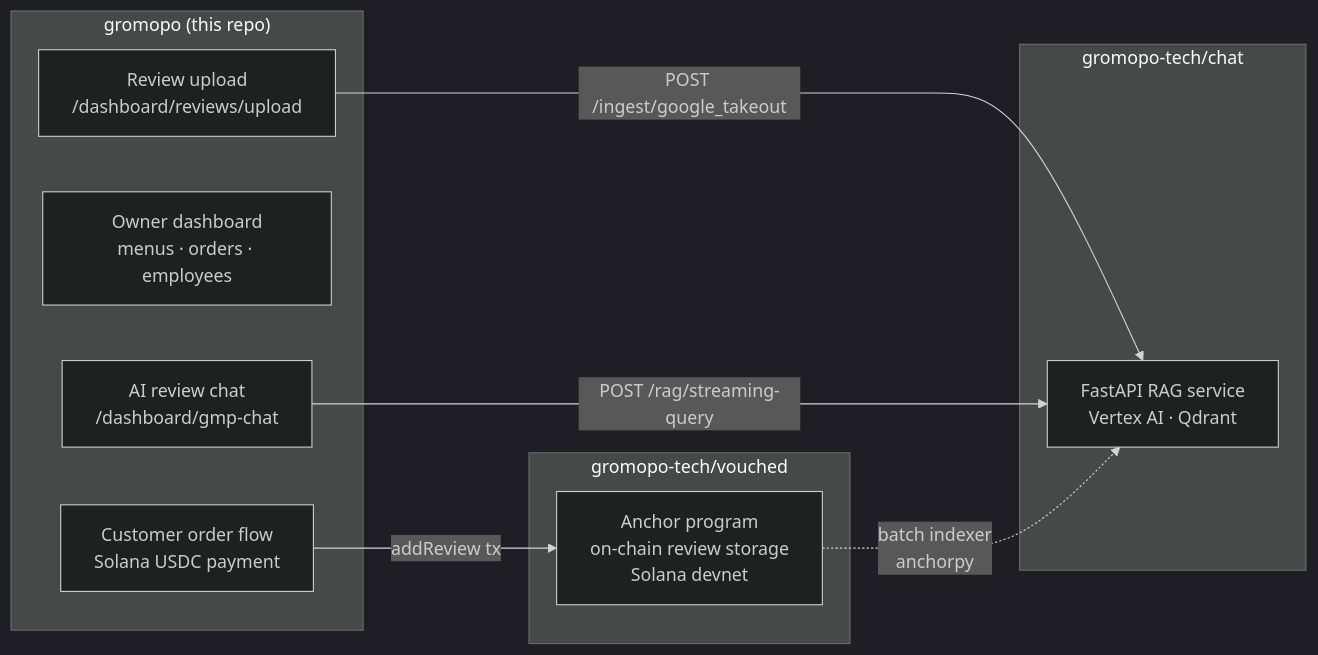
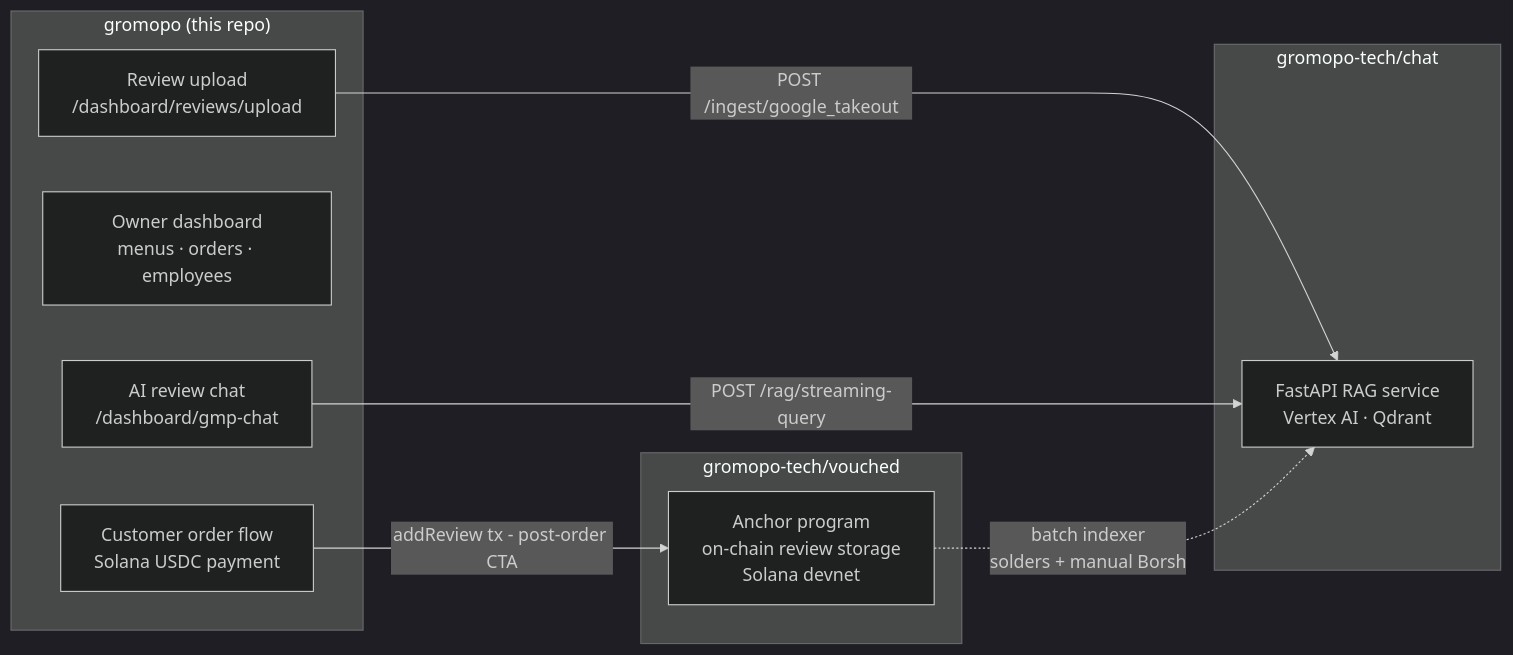
The diagram in README.md (gromopo-tech/gromopo), drawn with Mermaid (dark theme) before and after one commit. The commit also changed other lines of this file and 18 other files, not shown here.

````diff
--- a/README.md
+++ b/README.md
@@ -20,22 +20,22 @@
 ```mermaid
 flowchart LR
     subgraph gromopo ["gromopo (this repo)"]
-        A[Customer order flow\nSolana USDC payment]
-        B[Owner dashboard\nmenus · orders · employees]
-        C[AI review chat\n/dashboard/gmp-chat]
-        D[Review upload\n/dashboard/reviews/upload]
+        A[Customer order flow<br/>Solana USDC payment]
+        B[Owner dashboard<br/>menus · orders · employees]
+        C[AI review chat<br/>/dashboard/gmp-chat]
+        D[Review upload<br/>/dashboard/reviews/upload]
     end
 
     subgraph chat ["gromopo-tech/chat"]
-        E[FastAPI RAG service\nVertex AI · Qdrant]
+        E[FastAPI RAG service<br/>Vertex AI · Qdrant]
     end
 
     subgraph vouched ["gromopo-tech/vouched"]
-        F[Anchor program\non-chain review storage\nSolana devnet]
+        F[Anchor program<br/>on-chain review storage<br/>Solana devnet]
     end
 
-    A -->|addReview tx| F
+    A -->|addReview tx - post-order CTA| F
     D -->|POST /ingest/google_takeout| E
     C -->|POST /rag/streaming-query| E
-    F -.->|batch indexer\nanchorpy| E
+    F -.->|batch indexer<br/>solders + manual Borsh| E
 ```
````
